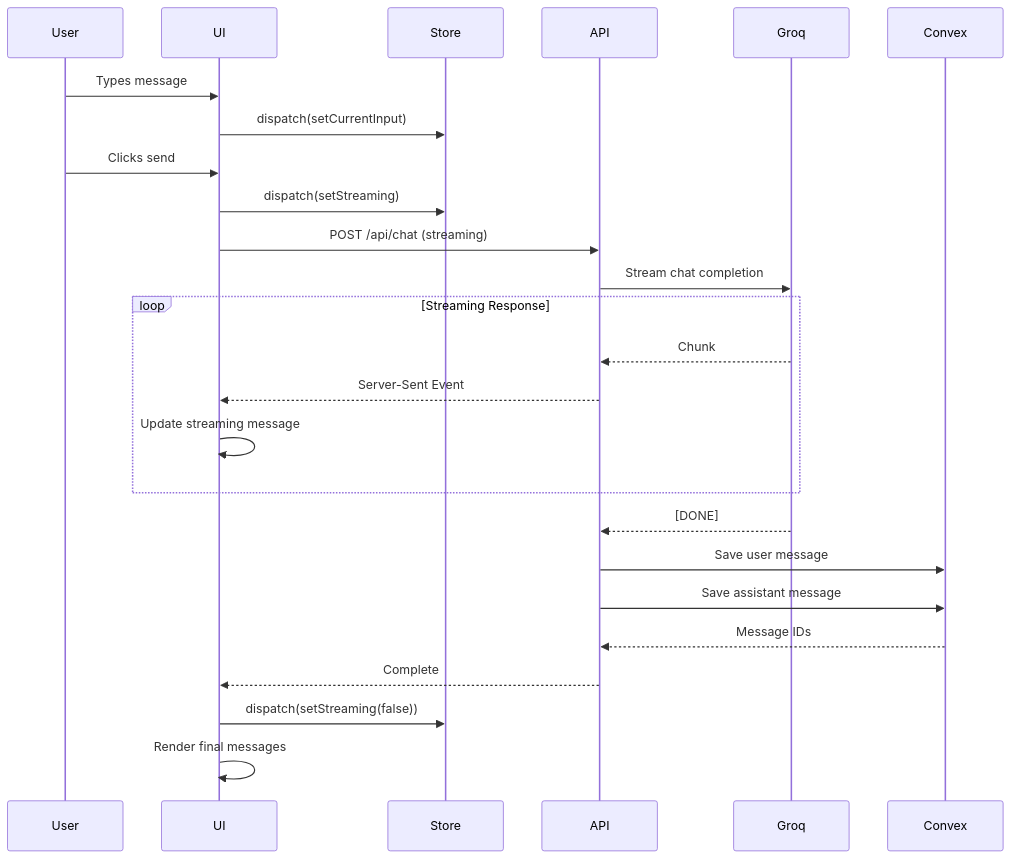
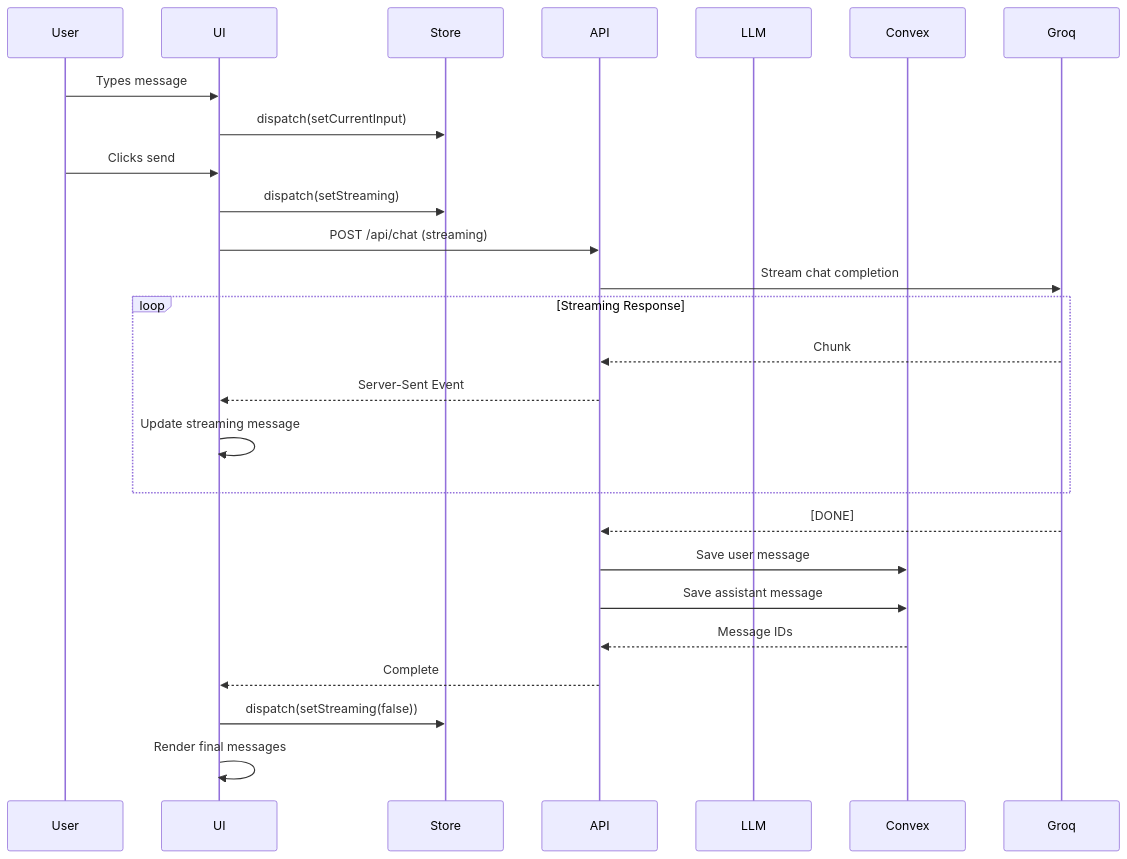
Before and after one commit to ddv1982/ai-therapist: the eighth of 13 diagrams in docs/DATA_MODEL.md, drawn with Mermaid. The commit also changed other lines of this file and 9 other files, not shown here.

````diff
--- a/docs/DATA_MODEL.md
+++ b/docs/DATA_MODEL.md
@@ -1036,30 +1041,30 @@
 ```mermaid
 sequenceDiagram
     participant User
     participant UI
     participant Store
     participant API
-    participant Groq
+    participant LLM
     participant Convex
 
     User->>UI: Types message
     UI->>Store: dispatch(setCurrentInput)
     User->>UI: Clicks send
     UI->>Store: dispatch(setStreaming)
     UI->>API: POST /api/chat (streaming)
     API->>Groq: Stream chat completion
 
     loop Streaming Response
         Groq-->>API: Chunk
         API-->>UI: Server-Sent Event
         UI->>UI: Update streaming message
     end
 
     Groq-->>API: [DONE]
     API->>Convex: Save user message
     API->>Convex: Save assistant message
     Convex-->>API: Message IDs
     API-->>UI: Complete
     UI->>Store: dispatch(setStreaming(false))
     UI->>UI: Render final messages
 ```
````
